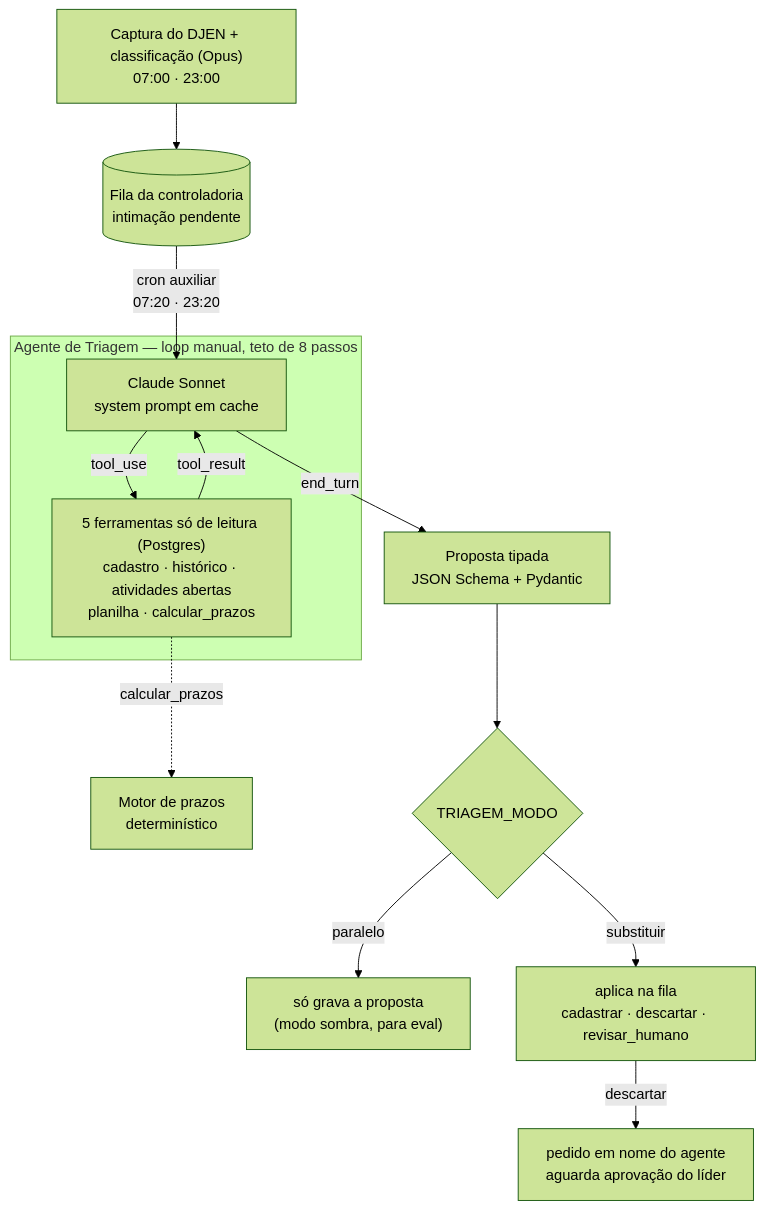
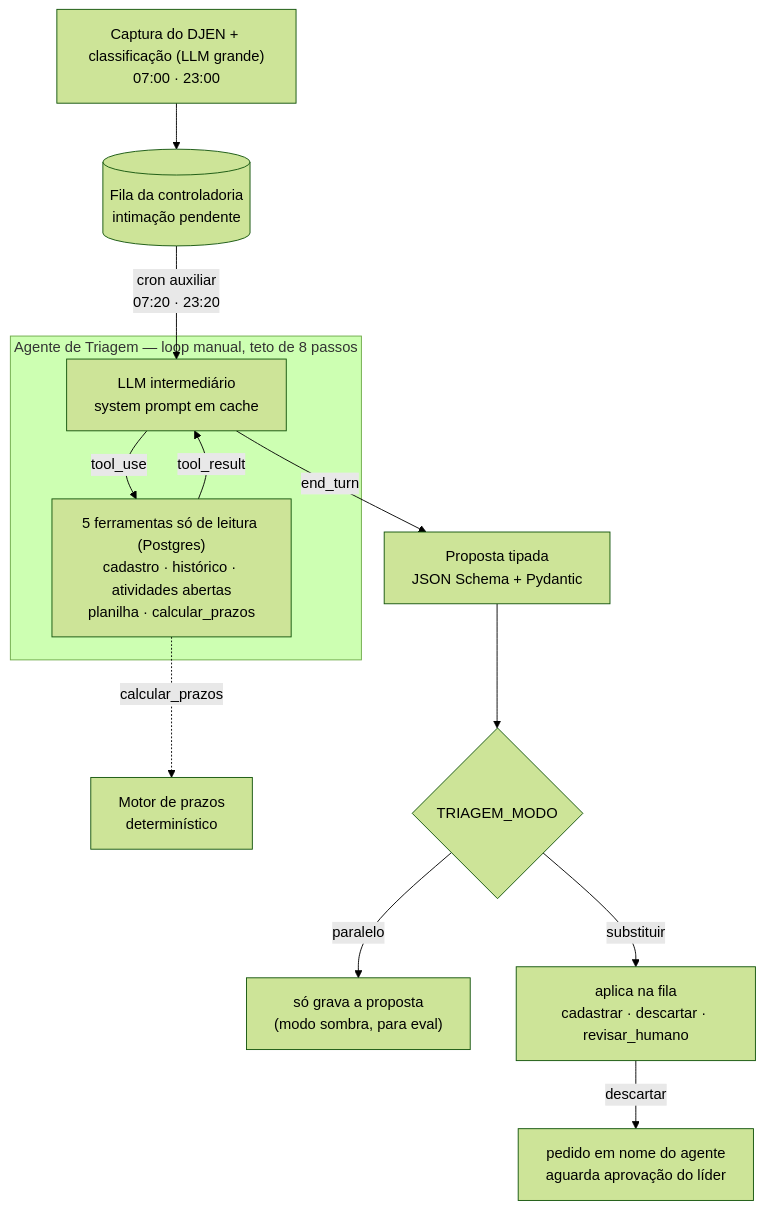
The second of 2 diagrams in README.md (jmilheiro73/legal-ops-ai), drawn with Mermaid (forest theme) before and after one commit. The commit also changed other lines of this file and 5 other files, not shown here.

````diff
--- a/README.md
+++ b/README.md
@@ -117,17 +117,17 @@
 ```mermaid
 flowchart TD
-    CAP["Captura do DJEN + classificação (Opus)\n07:00 · 23:00"] --> FILA[("Fila da controladoria\nintimação pendente")]
+    CAP["Captura do DJEN + classificação (LLM grande)\n07:00 · 23:00"] --> FILA[("Fila da controladoria\nintimação pendente")]
     FILA -- "cron auxiliar\n07:20 · 23:20" --> LLM
     subgraph LOOP["Agente de Triagem — loop manual, teto de 8 passos"]
-        LLM["Claude Sonnet\nsystem prompt em cache"]
+        LLM["LLM intermediário\nsystem prompt em cache"]
         TOOLS["5 ferramentas só de leitura (Postgres)\ncadastro · histórico · atividades abertas\nplanilha · calcular_prazos"]
         LLM -- "tool_use" --> TOOLS
         TOOLS -- "tool_result" --> LLM
     end
     TOOLS -. "calcular_prazos" .-> MOTOR["Motor de prazos\ndeterminístico"]
     LLM -- "end_turn" --> PROP["Proposta tipada\nJSON Schema + Pydantic"]
     PROP --> MODO{"TRIAGEM_MODO"}
     MODO -- "paralelo" --> SOMBRA["só grava a proposta\n(modo sombra, para eval)"]
     MODO -- "substituir" --> APLICA["aplica na fila\ncadastrar · descartar · revisar_humano"]
     APLICA -- "descartar" --> LIDER["pedido em nome do agente\naguarda aprovação do líder"]
 ```
````
